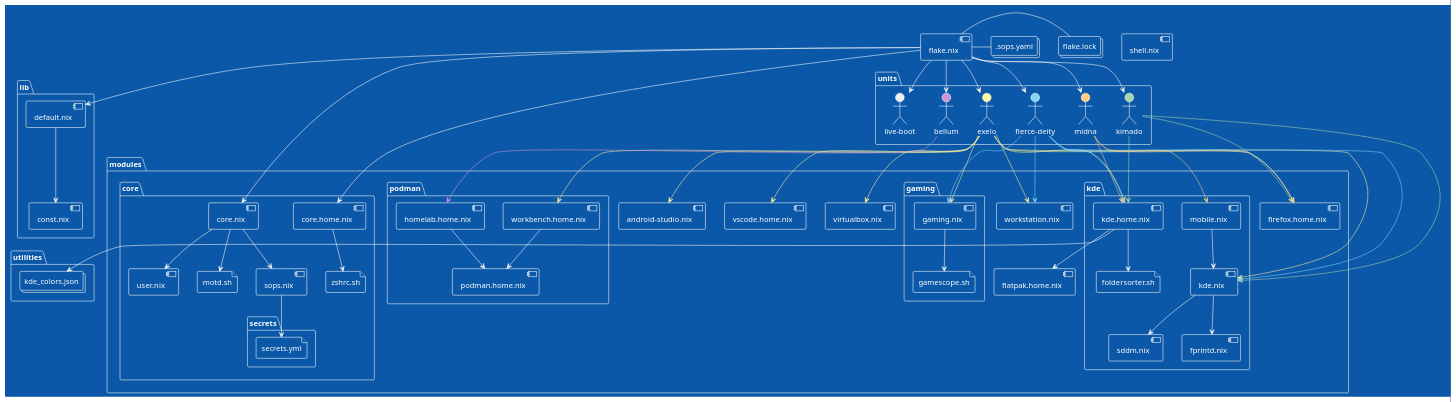
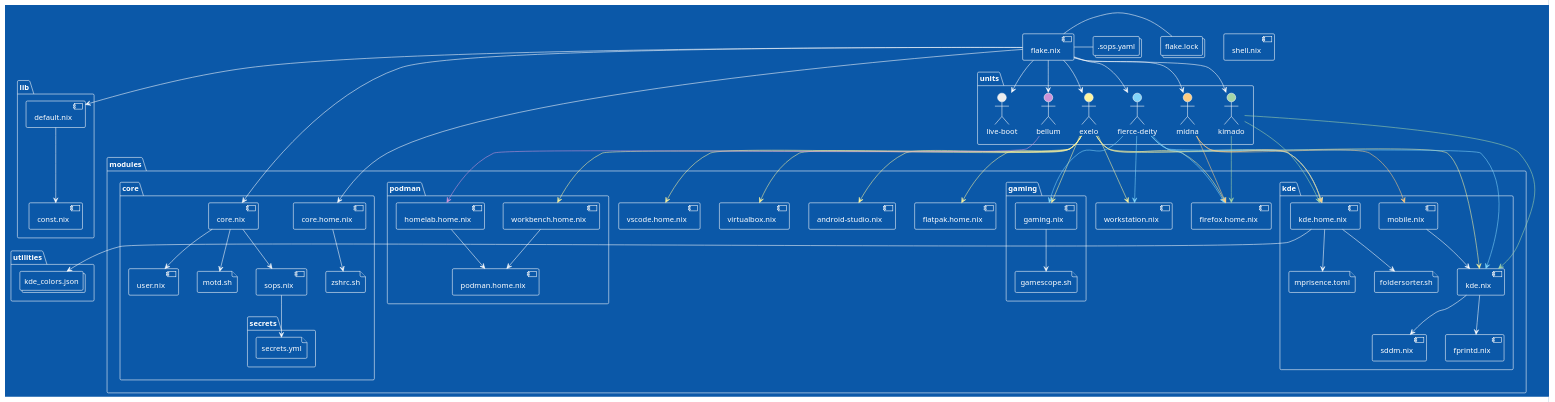
One commit to auroreLeclerc/nix-inventory changed the diagram in utilities/inventory.puml. Above: the diagram before and after it, drawn with PlantUML. The commit also changed 8 other files, not shown here.

```diff
--- a/utilities/inventory.puml
+++ b/utilities/inventory.puml
@@ -1,105 +1,107 @@
 @startuml inventory
 !theme amiga
 folder "units" {
 actor "exelo" as 946f41d7a0edfc2e0c01ee5a09a8c817 #FFF59D
 actor "fierce-deity" as c4bab5bd2a813b4140b129fe0e3fb658 #81D4FA
 actor "live-boot" as c7d5751343a9ead629f775ba9b9af9cf #EEEEEE
 actor "kimado" as 1396d7d4092f9152f5759496564121cd #A5D6A7
 actor "bellum" as 20a158b77d6ce48a8335b7e769c66846 #CE93D8
 actor "midna" as 63f8d8e44685a13b538d30e2a0812668 #FFCC80
 }
 component "flake.nix" as 3cfc5eb99249add5b61f5348132a1e77
 folder "lib" {
    component "const.nix" as 42685639631220987acd22a87135e57c
    component "default.nix" as 68e512ab9f77fd39f3722c23b9768434
 }
 collections ".sops.yaml" as 91f6f5e8b87d05d919871a4550a6fc38
 component "shell.nix" as 97c7e481026e36daa7b31230c6c6aadc
 folder "utilities" {
    collections "kde_colors.json" as 31b20c96119be911606aa1b692b28ba5
 }
 folder "modules" {
    folder "gaming" {
       file "gamescope.sh" as 07bb30b5069aacb10b5677e227bfbeb4
       component "gaming.nix" as cc648f4643baab83856cbb1aee4c03ef
    }
    component "vscode.home.nix" as 26e1d38b688c4a1832d0935e5d29e980
    folder "core" {
       component "user.nix" as e48a789aa9c3b1358cf051feee2e878a
       component "core.home.nix" as d418baa43b11df0205fd0d8001cf7901
       file "zshrc.sh" as 7eb8b1eccd344747a8b685427d1c8d47
       file "motd.sh" as c82c7c2583c0b9ccbee6e5f55451c0f6
       folder "secrets" {
          file "secrets.yml" as fedff914d02561f998eabdacb5cefebd
       }
       component "core.nix" as 6aafb3be03e9429fda102521e26edd7b
       component "sops.nix" as 20147c29130fca277ea17de5d4ba1678
    }
    component "flatpak.home.nix" as 6a6caf7642ae4a75b6d8c64ecf6400b9
    component "android-studio.nix" as a8adb1966bc91fc715175dff4a1585e7
    component "firefox.home.nix" as 38cffe16d01eb2da09feac707c1aaa76
    folder "kde" {
       component "fprintd.nix" as 0fb371a9afb97f3c276f57e82617e12d
       component "sddm.nix" as 5ebad3bd91a08cf55c56e207db927f8e
       component "mobile.nix" as 8d2c80d6e09dc0fe9680025161c2f7f7
+      file "mprisence.toml" as c06534725a754fe4d7ad45cfb2b422e9
       component "kde.nix" as 33998a49668889da1de8827630f29048
       component "kde.home.nix" as 34f24b42df06d195232b3481cc71827b
       file "foldersorter.sh" as ad183a934b3ffac1938f0162d6a8a65b
    }
    component "virtualbox.nix" as f7eeddc94c5ed65950560d6b5663fd1f
    component "workstation.nix" as 5a0152e173cf79e753b825a5923741a1
    folder "podman" {
       component "podman.home.nix" as dcbc3ce626c4baff59d73eac162ff6c2
       component "homelab.home.nix" as 0413db864cd167d08bd86e74c14f26a4
       component "workbench.home.nix" as d5572bc49194fd8103bc4b027c081b12
    }
 }
 collections "flake.lock" as acf05e6b4d5a2b6e0e87b24127cf384a
 946f41d7a0edfc2e0c01ee5a09a8c817 -[#FFF59D]-> 33998a49668889da1de8827630f29048
 946f41d7a0edfc2e0c01ee5a09a8c817 -[#FFF59D]-> 5a0152e173cf79e753b825a5923741a1
 946f41d7a0edfc2e0c01ee5a09a8c817 -[#FFF59D]-> a8adb1966bc91fc715175dff4a1585e7
 946f41d7a0edfc2e0c01ee5a09a8c817 -[#FFF59D]-> cc648f4643baab83856cbb1aee4c03ef
 946f41d7a0edfc2e0c01ee5a09a8c817 -[#FFF59D]-> f7eeddc94c5ed65950560d6b5663fd1f
 946f41d7a0edfc2e0c01ee5a09a8c817 -[#FFF59D]-> 34f24b42df06d195232b3481cc71827b
 946f41d7a0edfc2e0c01ee5a09a8c817 -[#FFF59D]-> 26e1d38b688c4a1832d0935e5d29e980
+946f41d7a0edfc2e0c01ee5a09a8c817 -[#FFF59D]-> 6a6caf7642ae4a75b6d8c64ecf6400b9
 946f41d7a0edfc2e0c01ee5a09a8c817 -[#FFF59D]-> 38cffe16d01eb2da09feac707c1aaa76
 946f41d7a0edfc2e0c01ee5a09a8c817 -[#FFF59D]-> d5572bc49194fd8103bc4b027c081b12
 c4bab5bd2a813b4140b129fe0e3fb658 -[#81D4FA]-> 33998a49668889da1de8827630f29048
 c4bab5bd2a813b4140b129fe0e3fb658 -[#81D4FA]-> cc648f4643baab83856cbb1aee4c03ef
 c4bab5bd2a813b4140b129fe0e3fb658 -[#81D4FA]-> 5a0152e173cf79e753b825a5923741a1
 c4bab5bd2a813b4140b129fe0e3fb658 -[#81D4FA]-> 34f24b42df06d195232b3481cc71827b
 c4bab5bd2a813b4140b129fe0e3fb658 -[#81D4FA]-> 38cffe16d01eb2da09feac707c1aaa76
 1396d7d4092f9152f5759496564121cd -[#A5D6A7]-> 33998a49668889da1de8827630f29048
 1396d7d4092f9152f5759496564121cd -[#A5D6A7]-> 34f24b42df06d195232b3481cc71827b
 1396d7d4092f9152f5759496564121cd -[#A5D6A7]-> 38cffe16d01eb2da09feac707c1aaa76
 20a158b77d6ce48a8335b7e769c66846 -[#CE93D8]-> 0413db864cd167d08bd86e74c14f26a4
 63f8d8e44685a13b538d30e2a0812668 -[#FFCC80]-> 8d2c80d6e09dc0fe9680025161c2f7f7
 63f8d8e44685a13b538d30e2a0812668 -[#FFCC80]-> 34f24b42df06d195232b3481cc71827b
 63f8d8e44685a13b538d30e2a0812668 -[#FFCC80]-> 38cffe16d01eb2da09feac707c1aaa76
 3cfc5eb99249add5b61f5348132a1e77 --> 68e512ab9f77fd39f3722c23b9768434
 3cfc5eb99249add5b61f5348132a1e77 --> d418baa43b11df0205fd0d8001cf7901
 3cfc5eb99249add5b61f5348132a1e77 --> 946f41d7a0edfc2e0c01ee5a09a8c817
 3cfc5eb99249add5b61f5348132a1e77 --> c4bab5bd2a813b4140b129fe0e3fb658
 3cfc5eb99249add5b61f5348132a1e77 --> c7d5751343a9ead629f775ba9b9af9cf
 3cfc5eb99249add5b61f5348132a1e77 --> 1396d7d4092f9152f5759496564121cd
 3cfc5eb99249add5b61f5348132a1e77 --> 20a158b77d6ce48a8335b7e769c66846
 3cfc5eb99249add5b61f5348132a1e77 --> 63f8d8e44685a13b538d30e2a0812668
 3cfc5eb99249add5b61f5348132a1e77 --> 6aafb3be03e9429fda102521e26edd7b
 68e512ab9f77fd39f3722c23b9768434 --> 42685639631220987acd22a87135e57c
 cc648f4643baab83856cbb1aee4c03ef --> 07bb30b5069aacb10b5677e227bfbeb4
 d418baa43b11df0205fd0d8001cf7901 --> 7eb8b1eccd344747a8b685427d1c8d47
 6aafb3be03e9429fda102521e26edd7b --> c82c7c2583c0b9ccbee6e5f55451c0f6
 6aafb3be03e9429fda102521e26edd7b --> e48a789aa9c3b1358cf051feee2e878a
 6aafb3be03e9429fda102521e26edd7b --> 20147c29130fca277ea17de5d4ba1678
 20147c29130fca277ea17de5d4ba1678 --> fedff914d02561f998eabdacb5cefebd
 8d2c80d6e09dc0fe9680025161c2f7f7 --> 33998a49668889da1de8827630f29048
 33998a49668889da1de8827630f29048 --> 5ebad3bd91a08cf55c56e207db927f8e
 33998a49668889da1de8827630f29048 --> 0fb371a9afb97f3c276f57e82617e12d
-34f24b42df06d195232b3481cc71827b --> 6a6caf7642ae4a75b6d8c64ecf6400b9
 34f24b42df06d195232b3481cc71827b --> 31b20c96119be911606aa1b692b28ba5
 34f24b42df06d195232b3481cc71827b --> ad183a934b3ffac1938f0162d6a8a65b
+34f24b42df06d195232b3481cc71827b --> c06534725a754fe4d7ad45cfb2b422e9
 0413db864cd167d08bd86e74c14f26a4 --> dcbc3ce626c4baff59d73eac162ff6c2
 d5572bc49194fd8103bc4b027c081b12 --> dcbc3ce626c4baff59d73eac162ff6c2
 3cfc5eb99249add5b61f5348132a1e77 - acf05e6b4d5a2b6e0e87b24127cf384a
 3cfc5eb99249add5b61f5348132a1e77 - 91f6f5e8b87d05d919871a4550a6fc38
 @enduml
```
